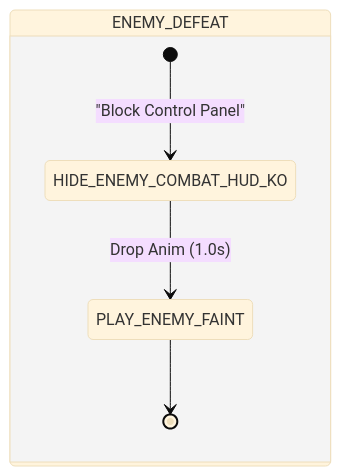
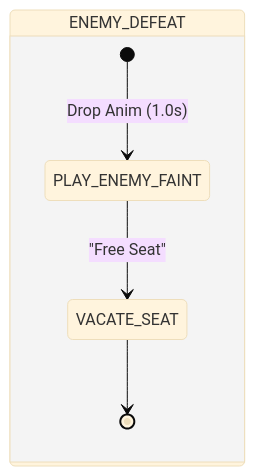
The seventh of 18 diagrams in .agents/skills/project-standards/references/battle/battle_mechanics_manual.md (Darkham77/PokeBorrador), drawn with Mermaid (base theme) before and after one commit. The commit also changed other lines of this file and 30 other files, not shown here.

````diff
--- a/.agents/skills/project-standards/references/battle/battle_mechanics_manual.md
+++ b/.agents/skills/project-standards/references/battle/battle_mechanics_manual.md
@@ -536,8 +526,8 @@
 ```mermaid
 stateDiagram-v2
     state ENEMY_DEFEAT {
-        [*] --> HIDE_ENEMY_COMBAT_HUD_KO : "Block Control Panel"
-        HIDE_ENEMY_COMBAT_HUD_KO --> PLAY_ENEMY_FAINT : Drop Anim (1.0s)
-        PLAY_ENEMY_FAINT --> [*]
+        [*] --> PLAY_ENEMY_FAINT : Drop Anim (1.0s)
+        PLAY_ENEMY_FAINT --> VACATE_SEAT : "Free Seat"
+        VACATE_SEAT --> [*]
     }
 ```
````
